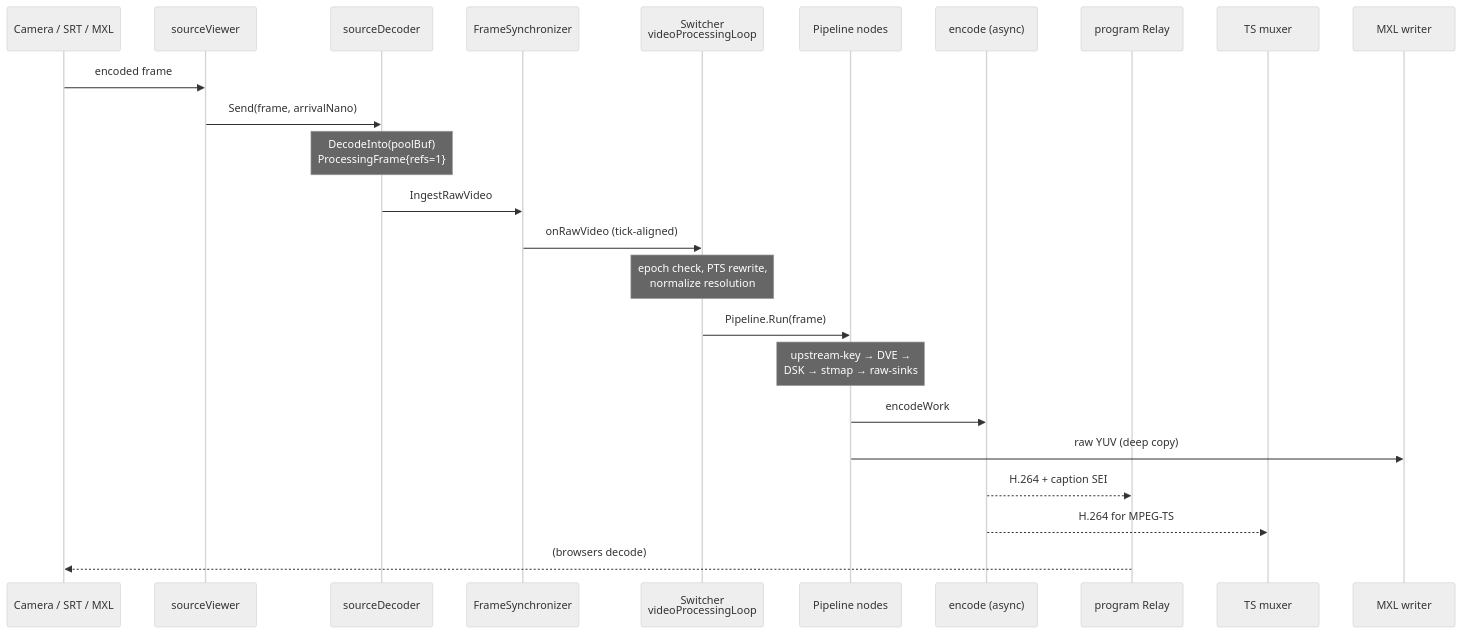
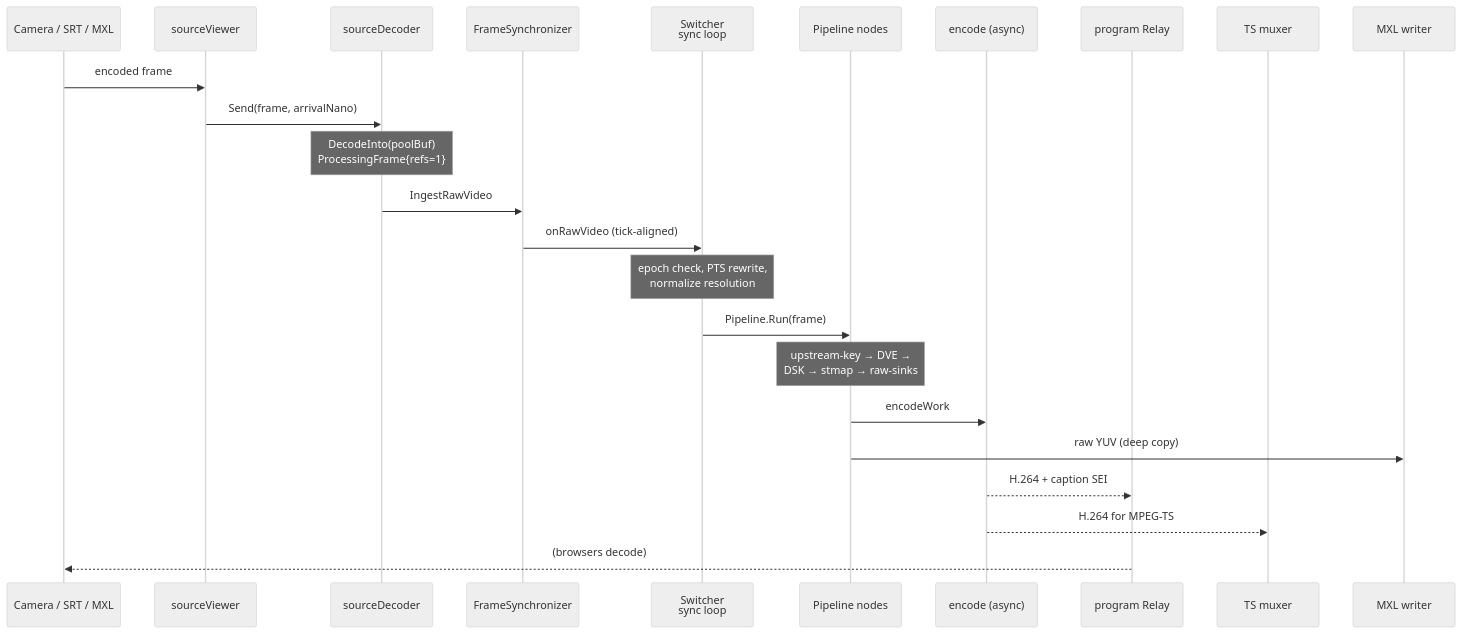
Before and after one commit to qvest-digital/dmf-mf-switchframe: the second of 3 diagrams in docs/architecture.md, drawn with Mermaid (neutral theme). The commit also changed other lines of this file and 26 other files, not shown here.

````diff
--- a/docs/architecture.md
+++ b/docs/architecture.md
@@ -108,27 +108,27 @@
 ```mermaid
 sequenceDiagram
   participant Cam as Camera / SRT / MXL
   participant SV as sourceViewer
   participant SD as sourceDecoder
   participant FS as FrameSynchronizer
-  participant SW as Switcher<br/>videoProcessingLoop
+  participant SW as Switcher<br/>sync loop
   participant PL as Pipeline nodes
   participant Enc as encode (async)
   participant Rel as program Relay
   participant Mux as TS muxer
   participant MXL as MXL writer
 
   Cam->>SV: encoded frame
   SV->>SD: Send(frame, arrivalNano)
   Note over SD: DecodeInto(poolBuf)<br/>ProcessingFrame{refs=1}
   SD->>FS: IngestRawVideo
   FS->>SW: onRawVideo (tick-aligned)
   Note over SW: epoch check, PTS rewrite,<br/>normalize resolution
   SW->>PL: Pipeline.Run(frame)
   Note over PL: upstream-key → DVE →<br/>DSK → stmap → raw-sinks
   PL->>Enc: encodeWork
   PL->>MXL: raw YUV (deep copy)
   Enc-->>Rel: H.264 + caption SEI
   Enc-->>Mux: H.264 for MPEG-TS
   Rel-->>Cam: (browsers decode)
 ```
````
